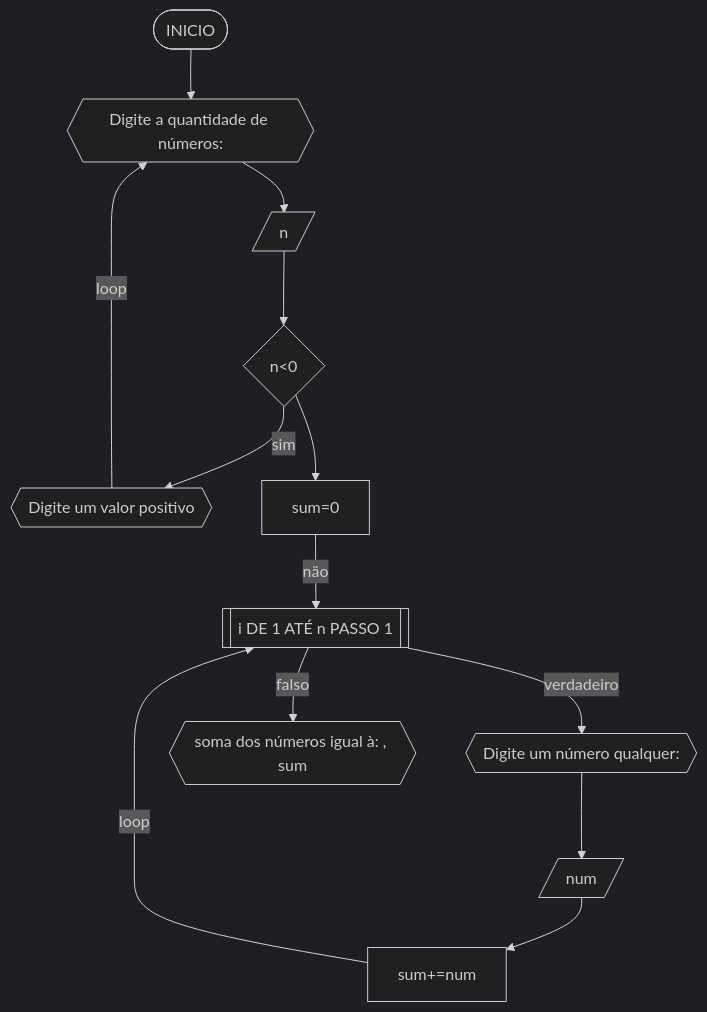
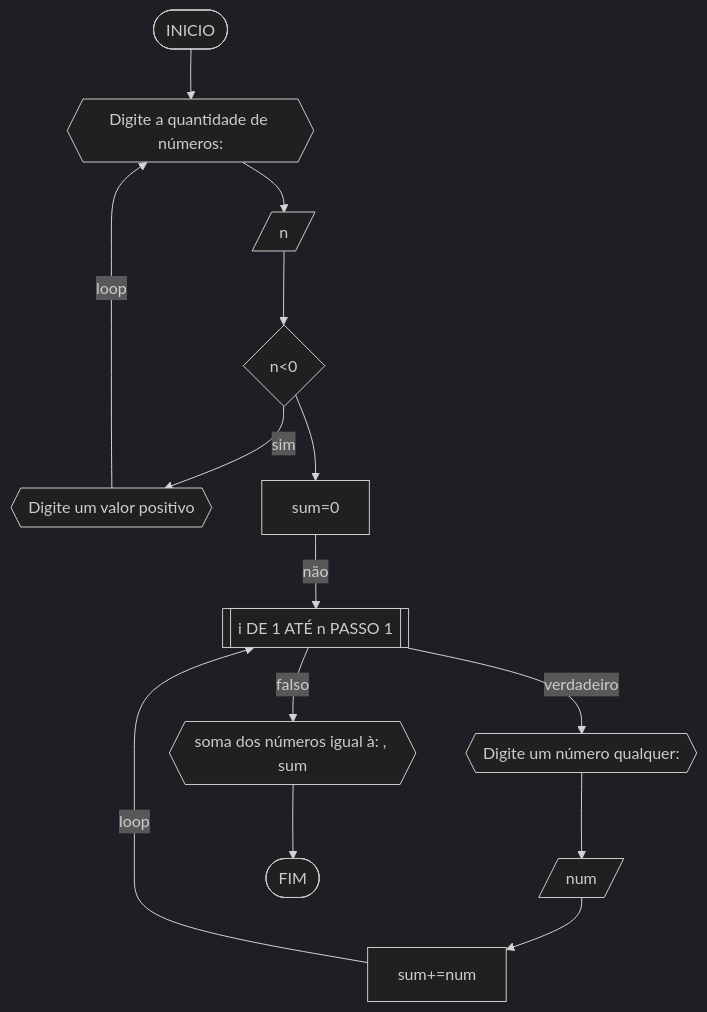
Before and after one commit to IsyCirino/unifor: the third of 7 diagrams in RLA/unidade1/AD1.md, drawn with Mermaid (dark theme). The commit also changed other lines of this file, not shown here.

````diff
--- a/RLA/unidade1/AD1.md
+++ b/RLA/unidade1/AD1.md
@@ -147,15 +147,16 @@
 ```mermaid
 flowchart TD
 A([INICIO]) --> B{{Digite a quantidade de números: }}
 B-->C[/n/]
 C-->D{n<0}
 D-->|sim|E{{Digite um valor positivo}}
 E-->|loop|B
 D-->I[sum=0]
 I-->|não|F[[i DE 1 ATÉ n PASSO 1]]
 F-->|verdadeiro|G{{Digite um número qualquer:}}
 G-->H[/num/]
 H-->J[sum+=num]
 J-->|loop|F
 F-->|falso|K{{soma dos números igual à: , sum}}
+K-->L([FIM])
 ```
````
